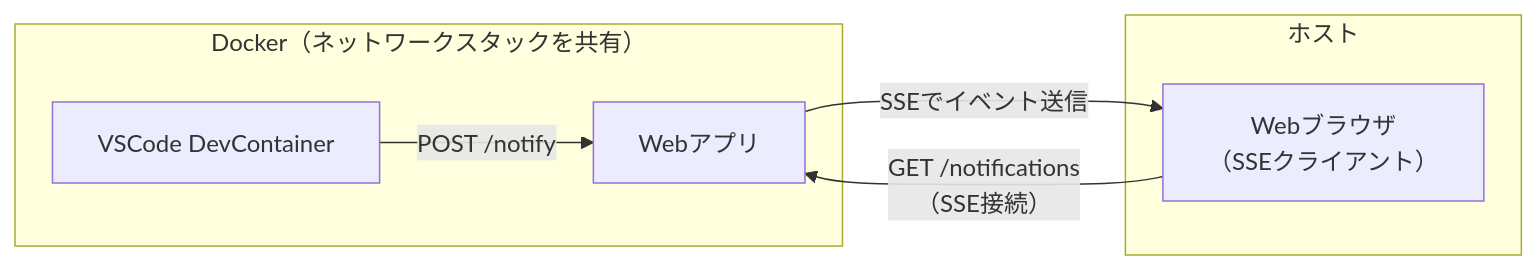
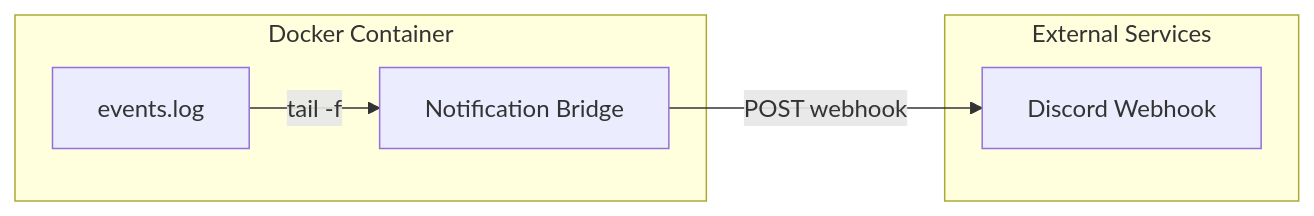
Before and after one commit to backpaper0/simple-notification-bridge: the diagram in README.md, drawn with Mermaid. The commit also changed other lines of this file and 8 other files, not shown here.

````diff
--- a/README.md
+++ b/README.md
@@ -12,15 +12,14 @@
 ```mermaid
 flowchart LR
-    subgraph DockerNetwork[Docker（ネットワークスタックを共有）]
-        WebApp[Webアプリ]
-        DevContainer[VSCode DevContainer]
+    subgraph Container[Docker Container]
+        App[Notification Bridge]
+        LogFile[events.log]
     end
 
-    subgraph Host[ホスト]
-        Browser[Webブラウザ<br>（SSEクライアント）]
+    subgraph External[External Services]
+        Discord[Discord Webhook]
     end
 
-    DevContainer -->|POST /notify| WebApp
-    Browser -->|GET /notifications<br>（SSE接続）| WebApp
-    WebApp -->|SSEでイベント送信| Browser
+    LogFile -->|tail -f| App
+    App -->|POST webhook| Discord
 ```
````
